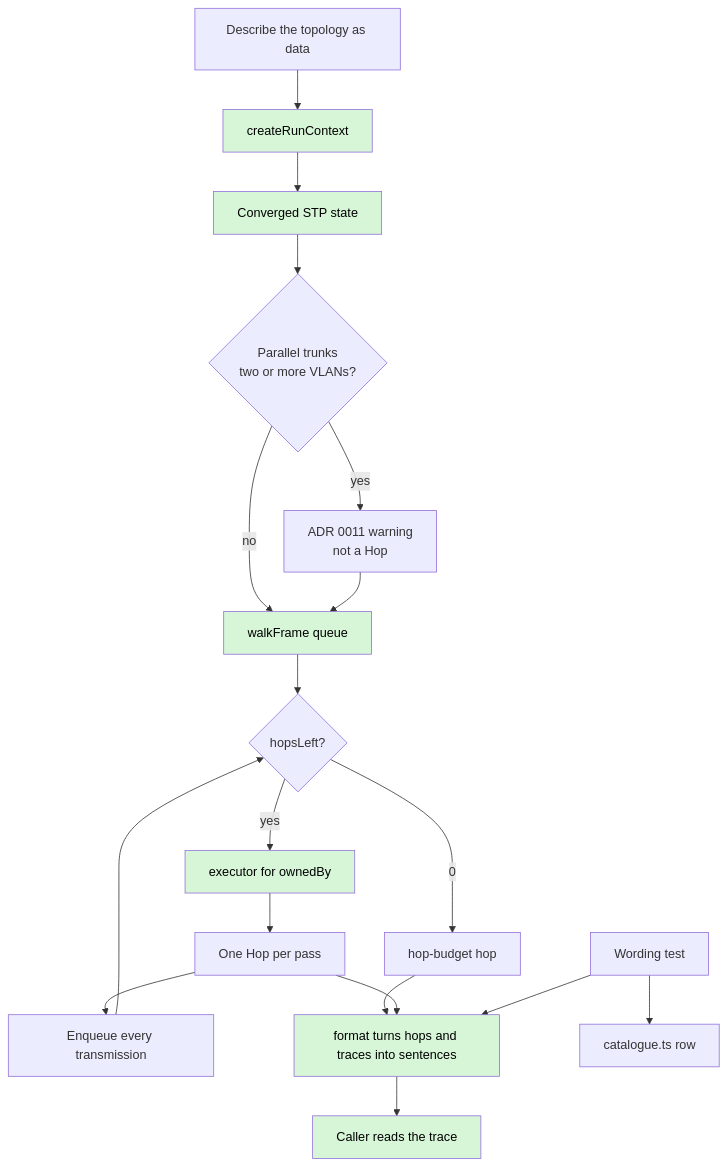
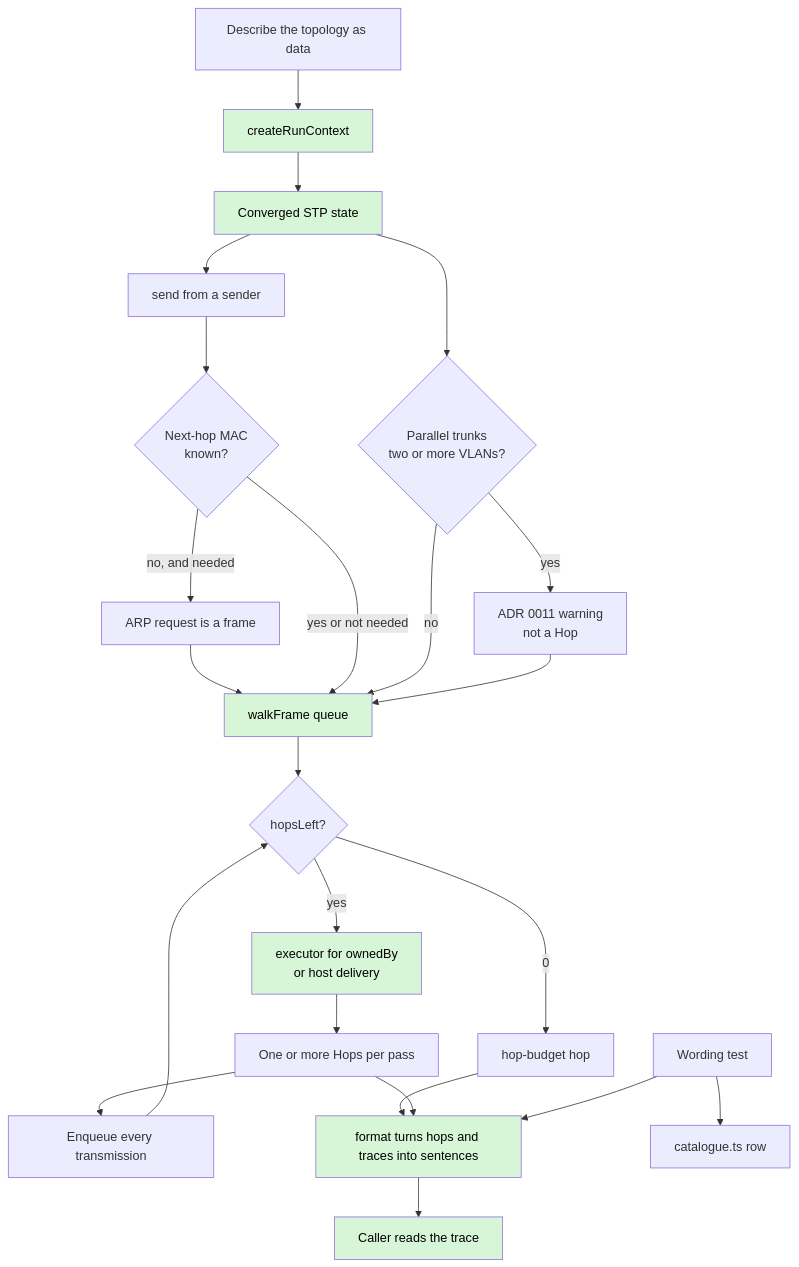
Before and after one commit to alanfong93/network-sandbox: the diagram in docs/system_flow.md, drawn with Mermaid. The commit also changed other lines of this file and 18 other files, not shown here.

````diff
--- a/docs/system_flow.md
+++ b/docs/system_flow.md
@@ -8,26 +10,31 @@
 ```mermaid
 flowchart TD
     A[Describe the topology as data] --> C[createRunContext]
     C --> D[Converged STP state]
+    D --> S[send from a sender]
+    S --> P{Next-hop MAC<br>known?}
+    P -->|no, and needed| AR[ARP request is a frame]
+    AR --> Q[walkFrame queue]
+    P -->|yes or not needed| Q
     D --> W{Parallel trunks<br>two or more VLANs?}
     W -->|yes| X[ADR 0011 warning<br>not a Hop]
-    W -->|no| Q[walkFrame queue]
+    W -->|no| Q
     X --> Q
     Q --> B{hopsLeft?}
     B -->|0| Z[hop-budget hop]
-    B -->|yes| E[executor for ownedBy]
-    E --> F[One Hop per pass]
+    B -->|yes| E[executor for ownedBy<br>or host delivery]
+    E --> F[One or more Hops per pass]
     F --> T[Enqueue every transmission]
     T --> B
     Z --> G[format turns hops and traces into sentences]
     F --> G
     G --> H[Caller reads the trace]
     I[Wording test] --> G
     I --> J[catalogue.ts row]
     style C fill:#d7f5d7,color:#000
     style D fill:#d7f5d7,color:#000
     style E fill:#d7f5d7,color:#000
     style Q fill:#d7f5d7,color:#000
     style G fill:#d7f5d7,color:#000
     style H fill:#d7f5d7,color:#000
 ```
````
